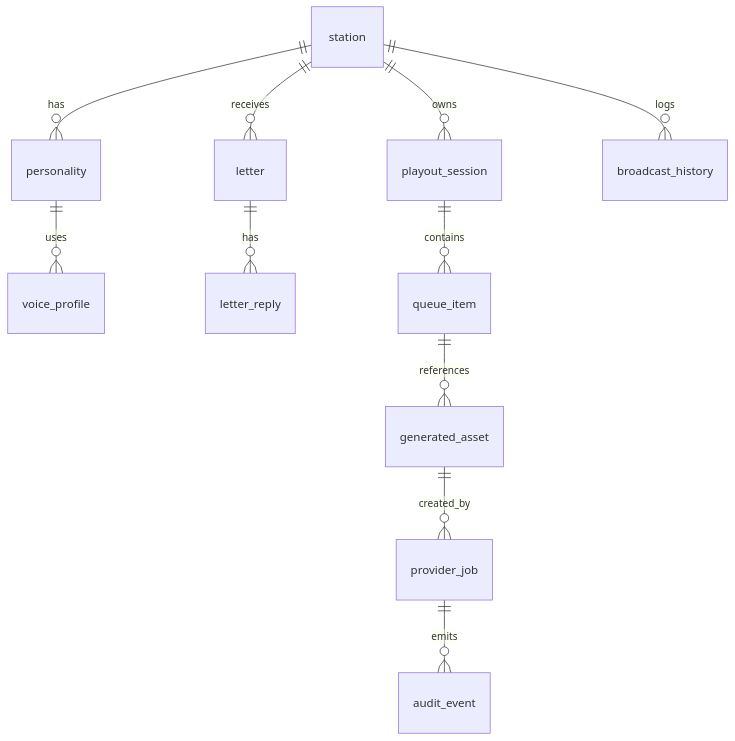
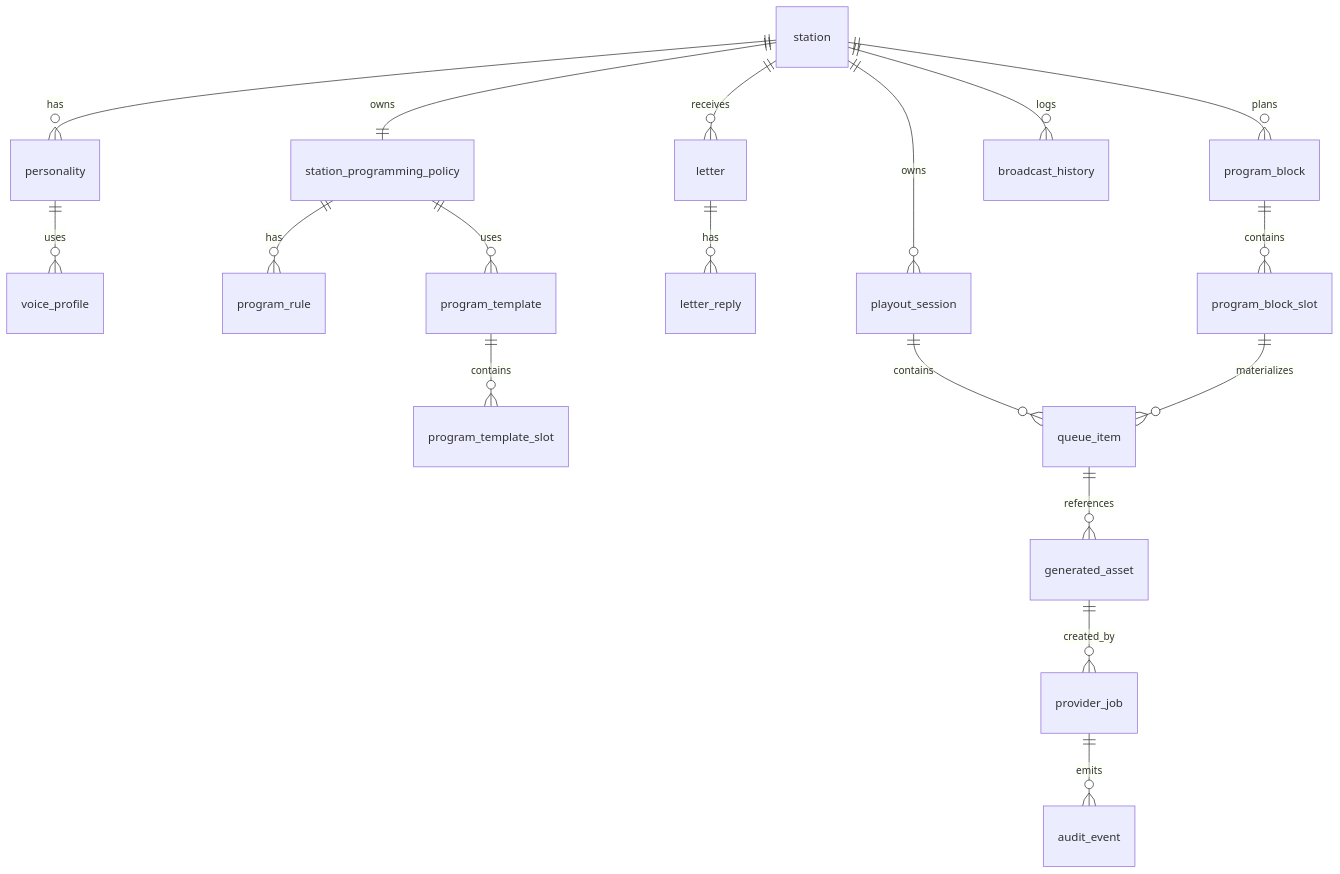
The diagram in doc/04_データ構造設計書.md (iwaken0928/SeedShiftRadio), drawn with Mermaid before and after one commit. The commit also changed other lines of this file and 9 other files, not shown here.

````diff
--- a/doc/04_データ構造設計書.md
+++ b/doc/04_データ構造設計書.md
@@ -38,13 +38,20 @@
 ```mermaid
 erDiagram
     station ||--o{ personality : has
     personality ||--o{ voice_profile : uses
+    station ||--|| station_programming_policy : owns
+    station_programming_policy ||--o{ program_rule : has
+    station_programming_policy ||--o{ program_template : uses
+    program_template ||--o{ program_template_slot : contains
     station ||--o{ letter : receives
     letter ||--o{ letter_reply : has
     station ||--o{ playout_session : owns
+    station ||--o{ program_block : plans
+    program_block ||--o{ program_block_slot : contains
     playout_session ||--o{ queue_item : contains
+    program_block_slot ||--o{ queue_item : materializes
     queue_item ||--o{ generated_asset : references
     generated_asset ||--o{ provider_job : created_by
     station ||--o{ broadcast_history : logs
     provider_job ||--o{ audit_event : emits
 ```
````
